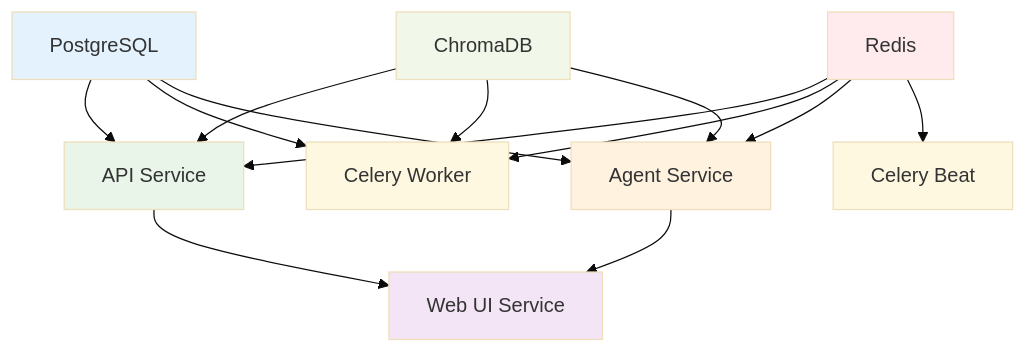
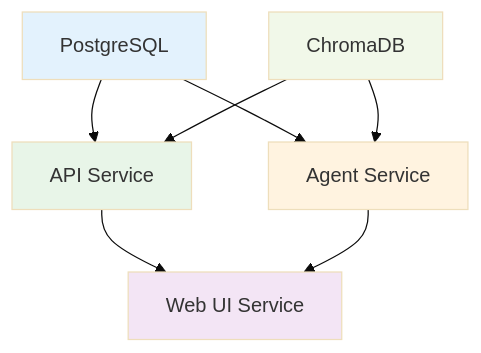
Before and after one commit to akashkthkr/counter_strike_ag2_agent: the sixth of 6 diagrams in docker/README.md, drawn with Mermaid (base theme). The commit also changed other lines of this file and 10 other files, not shown here.

````diff
--- a/docker/README.md
+++ b/docker/README.md
@@ -207,28 +181,18 @@
 ```mermaid
 graph TD
     A[PostgreSQL] --> B[API Service]
-    C[Redis] --> B
+
     D[ChromaDB] --> B
     
-    A --> E[Celery Worker]
-    C --> E
-    D --> E
-    
     A --> F[Agent Service]
-    C --> F
     D --> F
     
     B --> G[Web UI Service]
     F --> G
-    
-    C --> H[Celery Beat]
 
     style A fill:#e3f2fd
-    style C fill:#ffebee
     style D fill:#f1f8e9
     style B fill:#e8f5e8
-    style E fill:#fff8e1
     style F fill:#fff3e0
     style G fill:#f3e5f5
-    style H fill:#fff8e1
 ```
````
